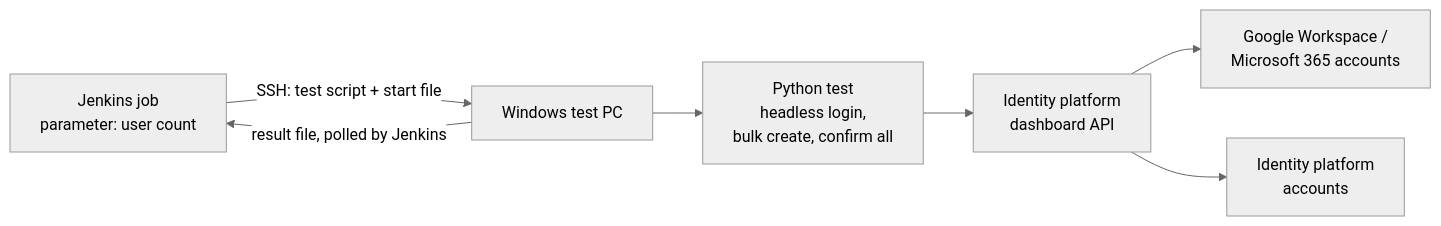
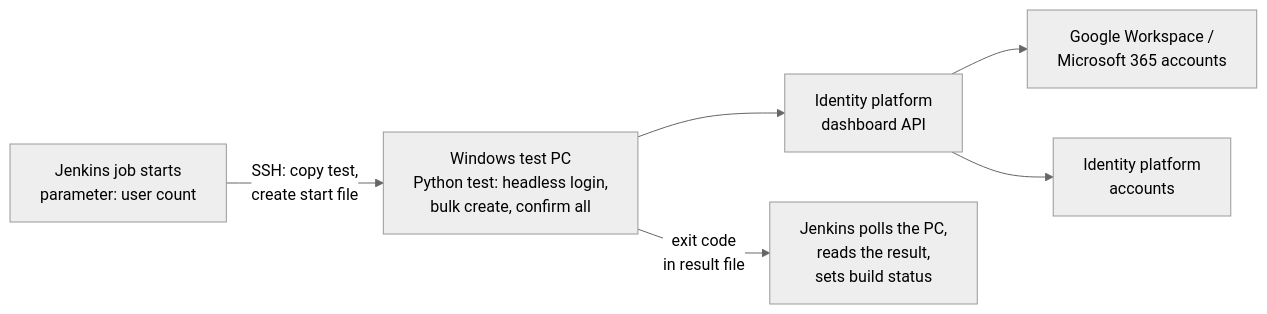
One commit to fbrabcova/api-provisioning-tests changed the third of 3 diagrams in README.md. Above: the diagram before and after it, drawn with Mermaid (neutral theme).

````diff
--- a/README.md
+++ b/README.md
@@ -42,9 +42,8 @@
 ```mermaid
 flowchart LR
-    J["Jenkins job<br/>parameter: user count"] -->|SSH: test script + start file| P["Windows test PC"]
-    P --> R["Python test<br/>headless login,<br/>bulk create, confirm all"]
+    J1["Jenkins job starts<br/>parameter: user count"] -->|"SSH: copy test,<br/>create start file"| R["Windows test PC<br/>Python test: headless login,<br/>bulk create, confirm all"]
     R --> D["Identity platform<br/>dashboard API"]
     D --> G["Google Workspace /<br/>Microsoft 365 accounts"]
     D --> I["Identity platform<br/>accounts"]
-    P -->|result file, polled by Jenkins| J
+    R -->|"exit code<br/>in result file"| J2["Jenkins polls the PC,<br/>reads the result,<br/>sets build status"]
 ```
````
